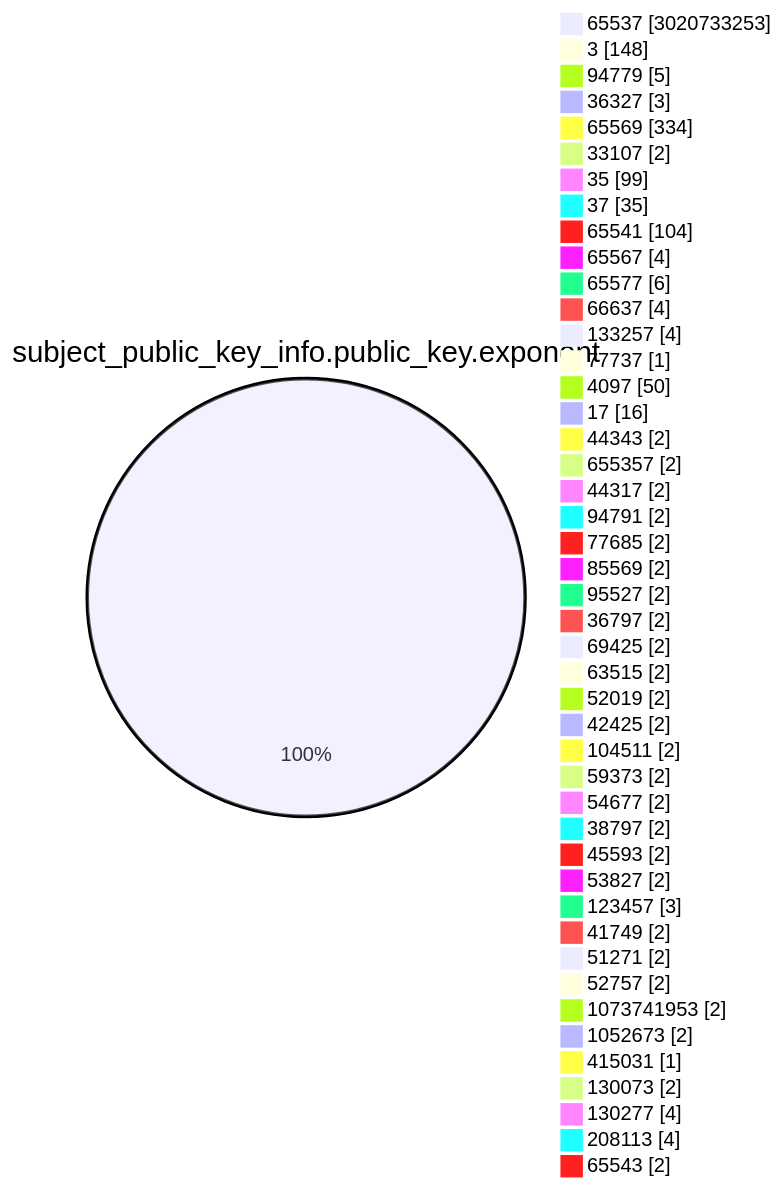
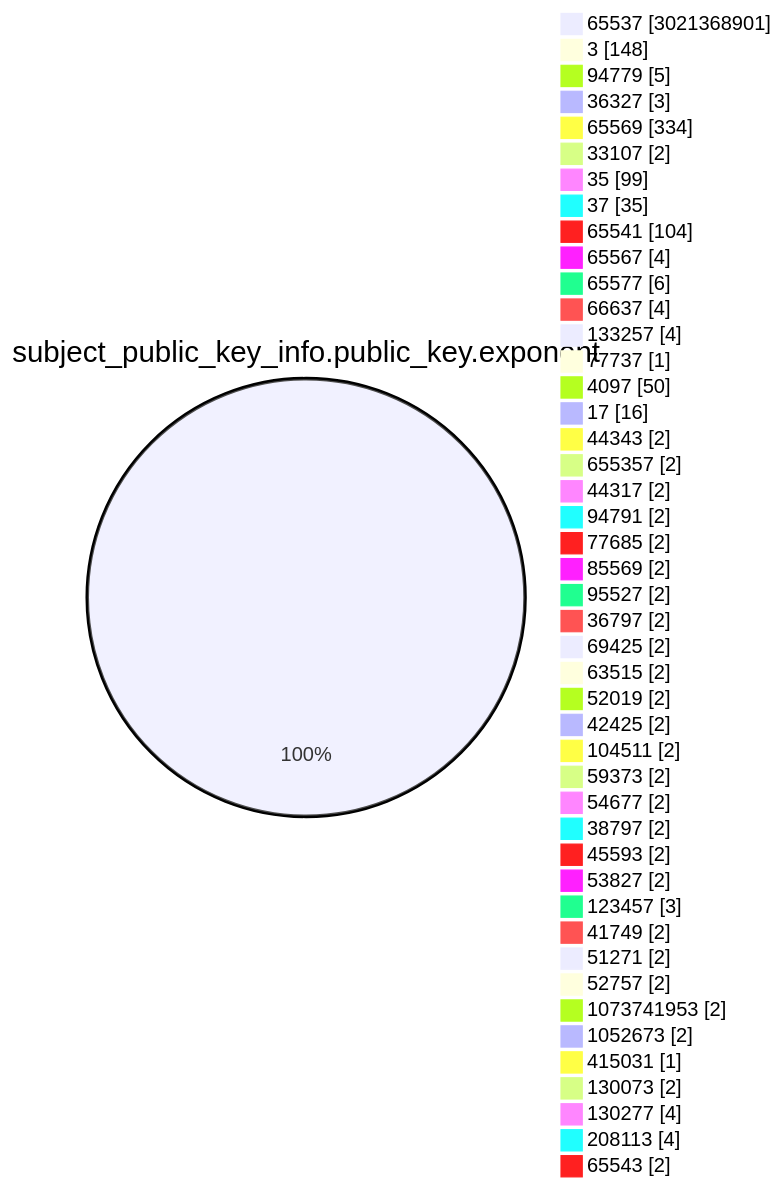
The fourth of 15 diagrams in TOTAL/README.md (christiankrug/ctmonitor_visualization), drawn with Mermaid before and after one commit. The commit also changed other lines of this file, not shown here.

````diff
--- a/TOTAL/README.md
+++ b/TOTAL/README.md
@@ -1473,49 +1473,49 @@
 ```mermaid
 pie showData
 title subject_public_key_info.public_key.exponent
-"65537" :3020733253
+"65537" :3021368901
 "3" :148
 "94779" :5
 "36327" :3
 "65569" :334
 "33107" :2
 "35" :99
 "37" :35
 "65541" :104
 "65567" :4
 "65577" :6
 "66637" :4
 "133257" :4
 "77737" :1
 "4097" :50
 "17" :16
 "44343" :2
 "655357" :2
 "44317" :2
 "94791" :2
 "77685" :2
 "85569" :2
 "95527" :2
 "36797" :2
 "69425" :2
 "63515" :2
 "52019" :2
 "42425" :2
 "104511" :2
 "59373" :2
 "54677" :2
 "38797" :2
 "45593" :2
 "53827" :2
 "123457" :3
 "41749" :2
 "51271" :2
 "52757" :2
 "1073741953" :2
 "1052673" :2
 "415031" :1
 "130073" :2
 "130277" :4
 "208113" :4
 "65543" :2
 ```
````
